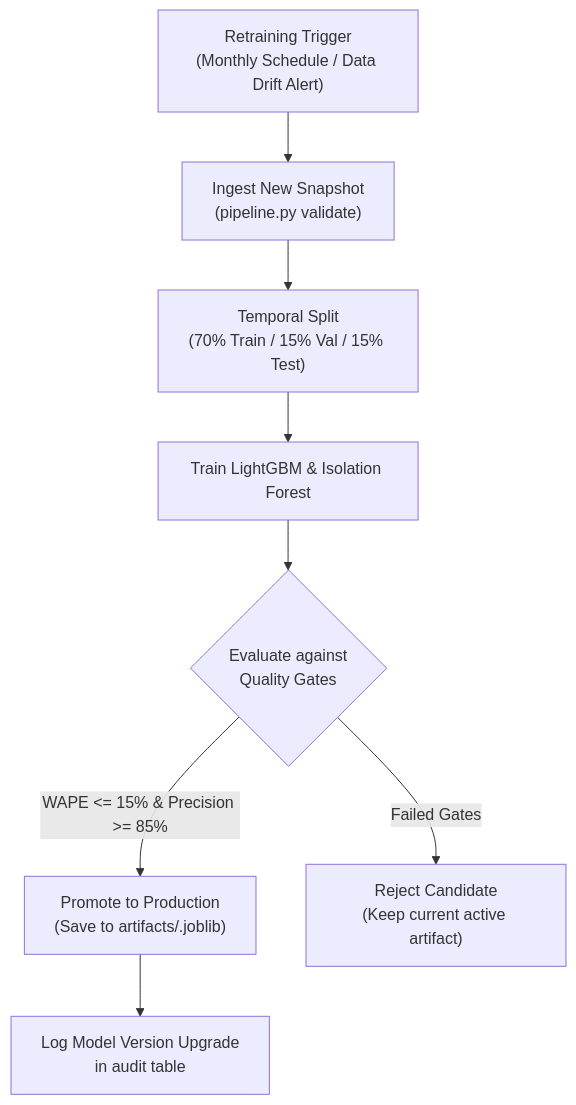
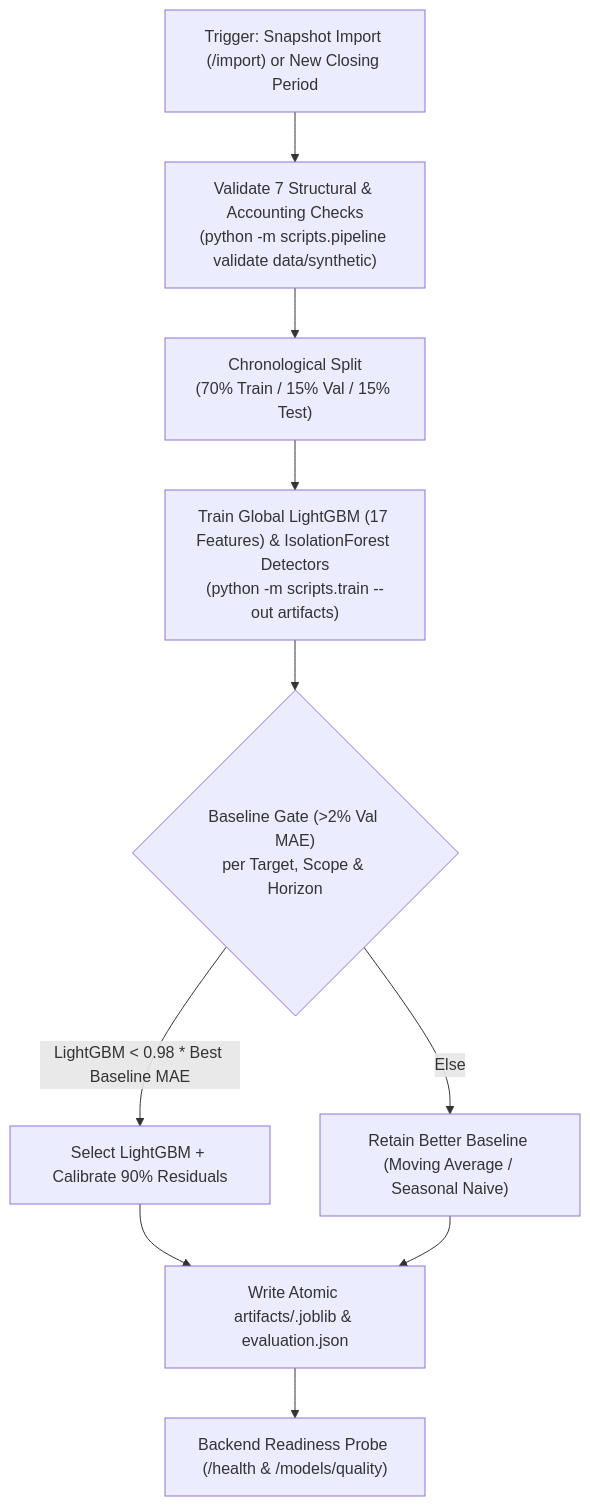
One commit to NguyenTriBaoThang/DecisionPilotAI changed the diagram in MODEL_VERSIONING.md. Above: the diagram before and after it, drawn with Mermaid. The commit also changed other lines of this file and 67 other files, not shown here.

````diff
--- a/MODEL_VERSIONING.md
+++ b/MODEL_VERSIONING.md
@@ -96,10 +82,12 @@
 ```mermaid
 flowchart TD
-    Trigger["Retraining Trigger<br/>(Monthly Schedule / Data Drift Alert)"] --> Ingest["Ingest New Snapshot<br/>(pipeline.py validate)"]
-    Ingest --> Split["Temporal Split<br/>(70% Train / 15% Val / 15% Test)"]
-    Split --> Train["Train LightGBM & Isolation Forest"]
-    Train --> Eval{"Evaluate against<br/>Quality Gates"}
-    Eval -- "WAPE <= 15% & Precision >= 85%" --> Promote["Promote to Production<br/>(Save to artifacts/<dataset_id>.joblib)"]
-    Eval -- "Failed Gates" --> Rollback["Reject Candidate<br/>(Keep current active artifact)"]
-    Promote --> Audit["Log Model Version Upgrade<br/>in audit table"]
+    Trigger["Trigger: Snapshot Import (/import) or New Closing Period"] --> Validate["Validate 7 Structural & Accounting Checks<br/>(python -m scripts.pipeline validate data/synthetic)"]
+    Validate --> Split["Chronological Split<br/>(70% Train / 15% Val / 15% Test)"]
+    Split --> Train["Train Global LightGBM (17 Features) & IsolationForest Detectors<br/>(python -m scripts.train --out artifacts)"]
+    Train --> Gate{"Baseline Gate (>2% Val MAE)<br/>per Target, Scope & Horizon"}
+    Gate -- "LightGBM < 0.98 * Best Baseline MAE" --> UseLGBM["Select LightGBM + Calibrate 90% Residuals"]
+    Gate -- "Else" --> KeepBaseline["Retain Better Baseline (Moving Average / Seasonal Naive)"]
+    UseLGBM --> Publish["Write Atomic artifacts/<dataset_id>.joblib & evaluation.json"]
+    KeepBaseline --> Publish
+    Publish --> Audit["Backend Readiness Probe (/health & /models/quality)"]
 ```
````
